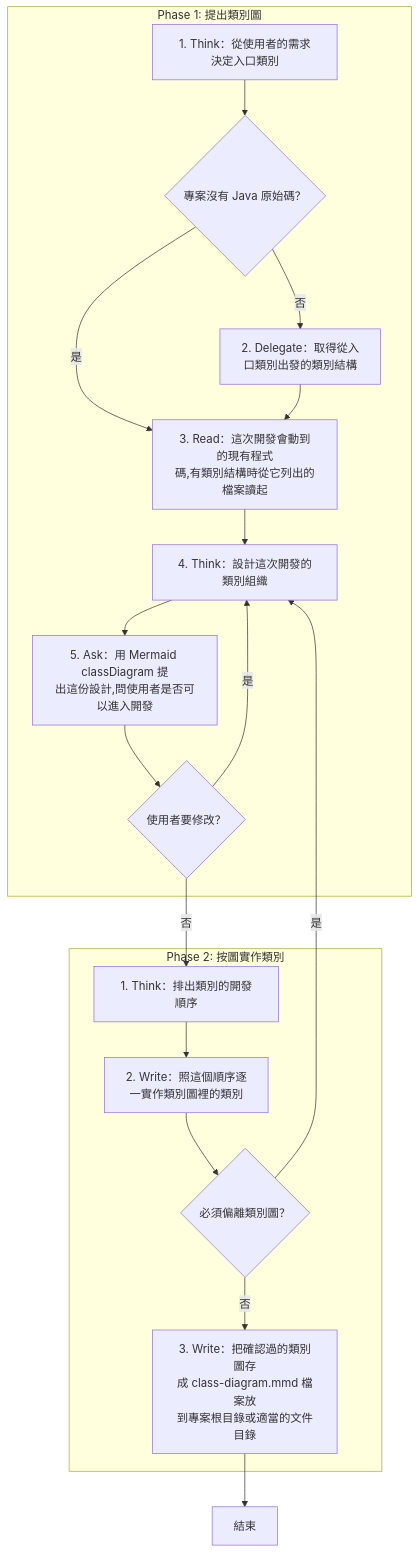
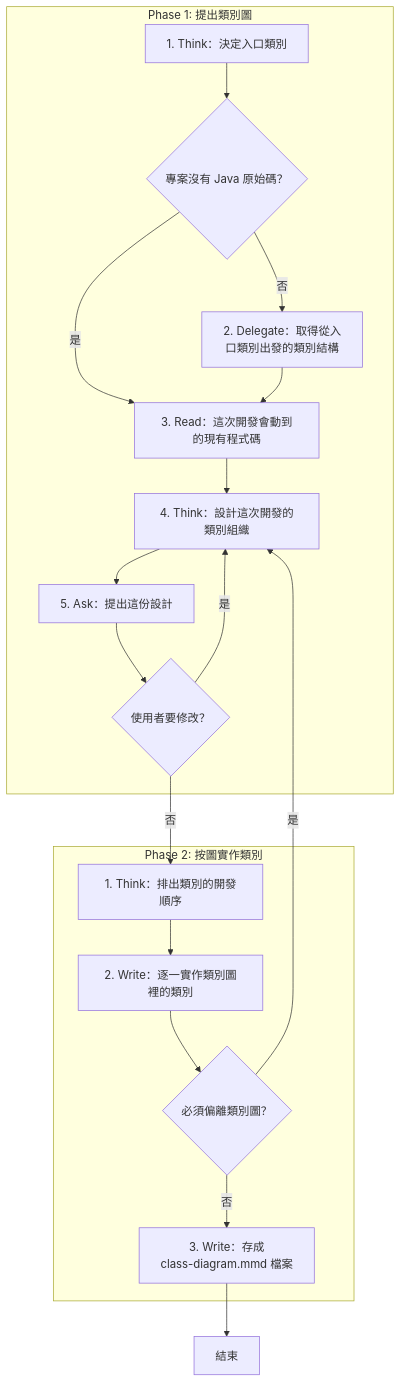
The diagram in .agents/skills/plan-with-class-diagram/SKILL.md (AI-x-BDD/BDGG-Dev-Skills), drawn with Mermaid before and after one commit. The commit also changed other lines of this file and 31 other files, not shown here.

````diff
--- a/.agents/skills/plan-with-class-diagram/SKILL.md
+++ b/.agents/skills/plan-with-class-diagram/SKILL.md
@@ -23,33 +23,33 @@
 ```mermaid
 flowchart TD
     subgraph P1["Phase 1: 提出類別圖"]
-        P1S1["1. Think：從使用者的需求決定入口類別"]
+        P1S1["1. Think：決定入口類別"]
         G_P1S1_1{"專案沒有 Java 原始碼？"}
         P1S2["2. Delegate：取得從入<br/>口類別出發的類別結構"]
-        P1S3["3. Read：這次開發會動到的現有程式<br/>碼,有類別結構時從它列出的檔案讀起"]
+        P1S3["3. Read：這次開發會動到的現有程式碼"]
         P1S4["4. Think：設計這次開發的類別組織"]
-        P1S5["5. Ask：用 Mermaid classDiagram 提<br/>出這份設計,問使用者是否可以進入開發"]
+        P1S5["5. Ask：提出這份設計"]
         G_P1S5_1{"使用者要修改？"}
     end
     subgraph P2["Phase 2: 按圖實作類別"]
         P2S1["1. Think：排出類別的開發順序"]
-        P2S2["2. Write：照這個順序逐<br/>一實作類別圖裡的類別"]
+        P2S2["2. Write：逐一實作類別圖裡的類別"]
         G_P2S2_1{"必須偏離類別圖？"}
-        P2S3["3. Write：把確認過的類別圖存<br/>成 class-diagram.mmd 檔案放<br/>到專案根目錄或適當的文件目錄"]
+        P2S3["3. Write：存成<br/>class-diagram.mmd 檔案"]
     end
     End["結束"]
     P1S1 --> G_P1S1_1
     G_P1S1_1 -->|是| P1S3
     G_P1S1_1 -->|否| P1S2
     P1S2 --> P1S3
     P1S3 --> P1S4
     P1S4 --> P1S5
     P1S5 --> G_P1S5_1
     G_P1S5_1 -->|是| P1S4
     G_P1S5_1 -->|否| P2S1
     P2S1 --> P2S2
     P2S2 --> G_P2S2_1
     G_P2S2_1 -->|是| P1S4
     G_P2S2_1 -->|否| P2S3
     P2S3 --> End
 ```
````
